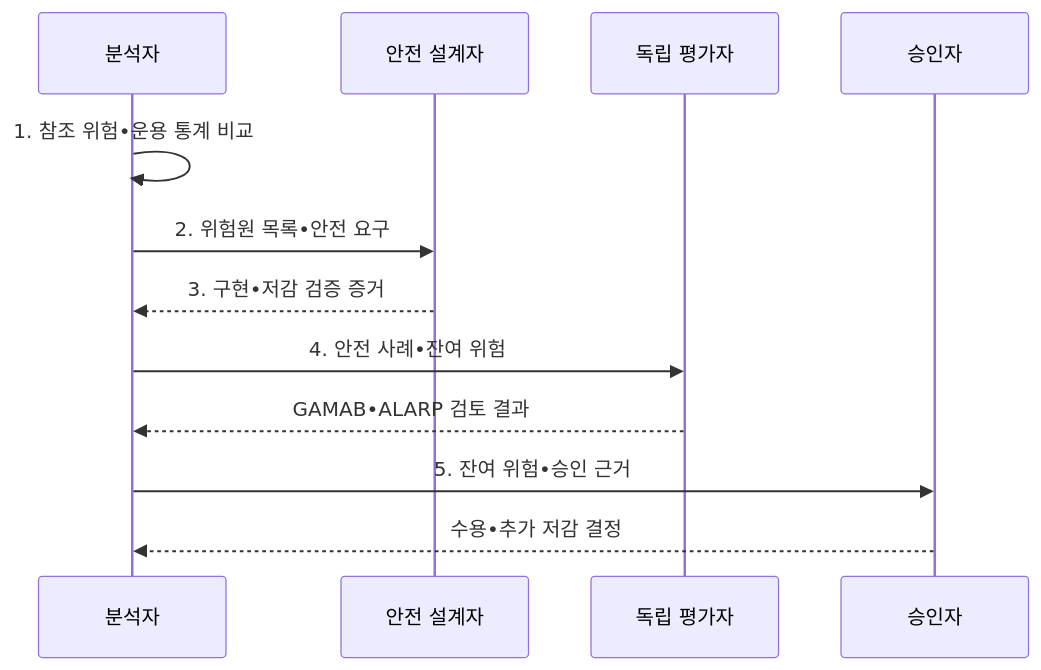
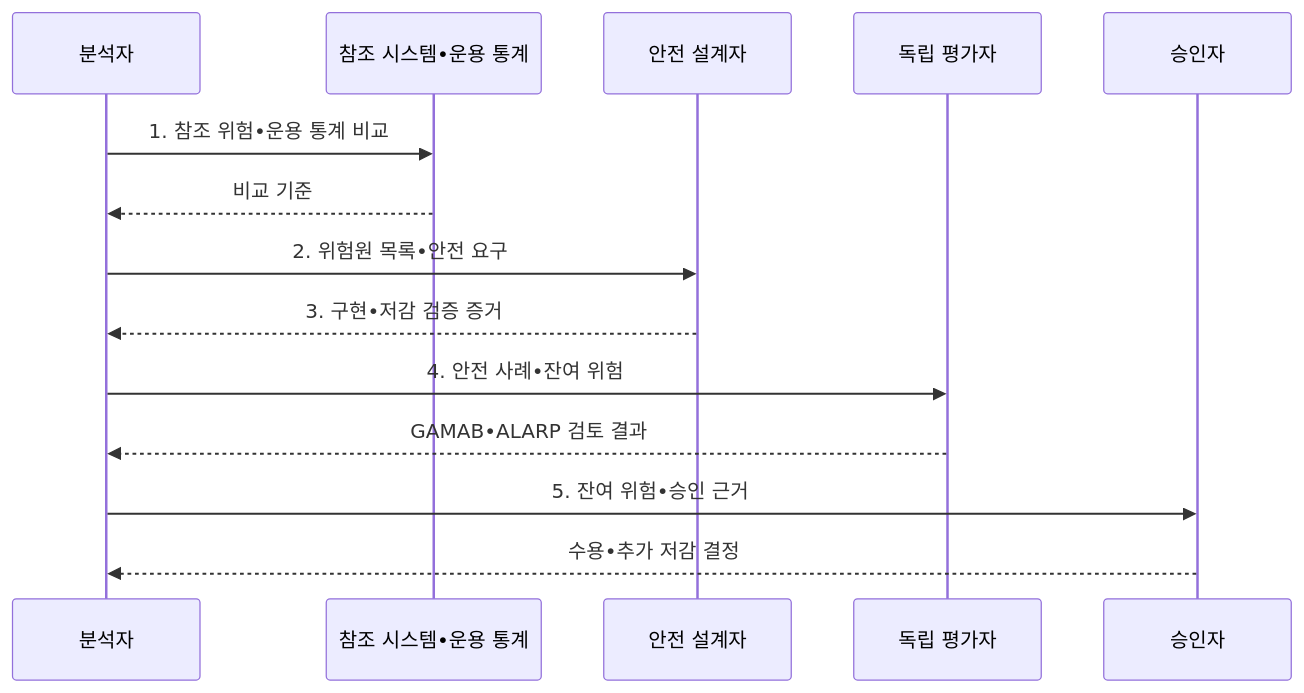
One commit to agnusdei1207/knowledge-base changed the second of 2 diagrams in src/content/docs/notes/03-software/077_software_safety_gamab_alarp.md. Above: the diagram before and after it, drawn with Mermaid. The commit also changed other lines of this file and 8 other files, not shown here.

````diff
--- a/src/content/docs/notes/03-software/077_software_safety_gamab_alarp.md
+++ b/src/content/docs/notes/03-software/077_software_safety_gamab_alarp.md
@@ -106,14 +106,16 @@
 ```mermaid
 sequenceDiagram
     participant A as 분석자
+    participant T as 참조 시스템•운용 통계
     participant S as 안전 설계자
     participant V as 독립 평가자
     participant R as 승인자
-    A->>A: 1. 참조 위험•운용 통계 비교
+    A->>T: 1. 참조 위험•운용 통계 비교
+    T-->>A: 비교 기준
     A->>S: 2. 위험원 목록•안전 요구
     S-->>A: 3. 구현•저감 검증 증거
     A->>V: 4. 안전 사례•잔여 위험
     V-->>A: GAMAB•ALARP 검토 결과
     A->>R: 5. 잔여 위험•승인 근거
     R-->>A: 수용•추가 저감 결정
 ```
````
